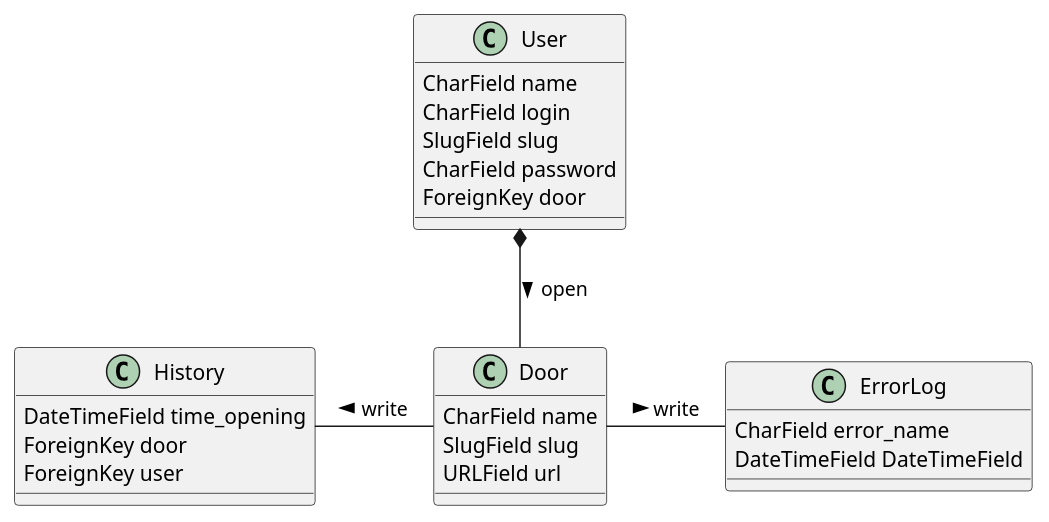
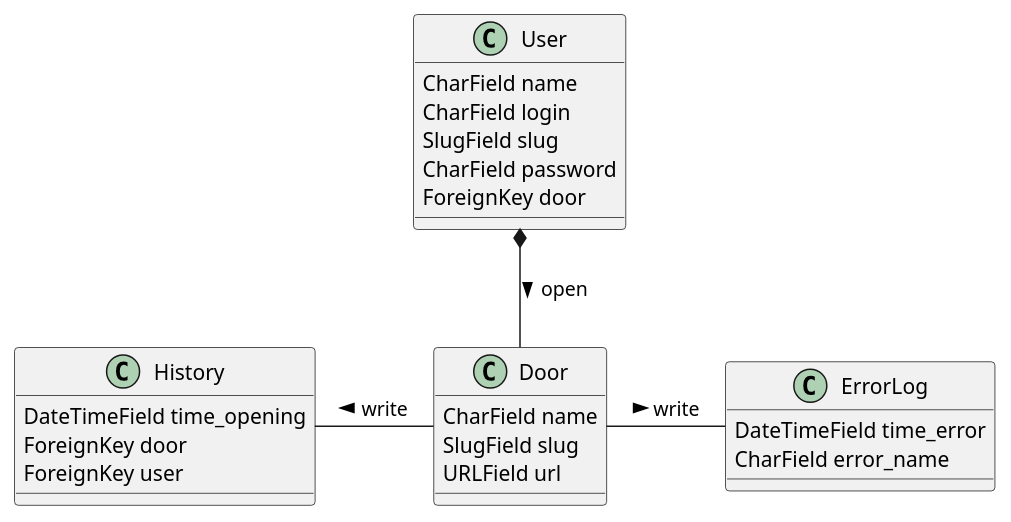
One commit to nesrv/door-manager changed the diagram in door/documentation/database.puml. Above: the diagram before and after it, drawn with PlantUML. The commit also changed 1 other file, not shown here.

```diff
--- a/door/documentation/database.puml
+++ b/door/documentation/database.puml
@@ -1,31 +1,31 @@
 @startuml
 History - Door: write <
 Door - ErrorLog: write  >
 User *-- Door: > open
 
 Class Door {
     CharField name
     SlugField slug
     URLField url
 }
 
 Class User {
     CharField name
     CharField login
     SlugField slug
     CharField password
     ForeignKey door
 }
 
 Class History{
     DateTimeField time_opening
     ForeignKey door
     ForeignKey user
 }
 
 Class ErrorLog{
+    DateTimeField time_error
     CharField error_name
-    DateTimeField DateTimeField
    }
 
 @enduml
```
